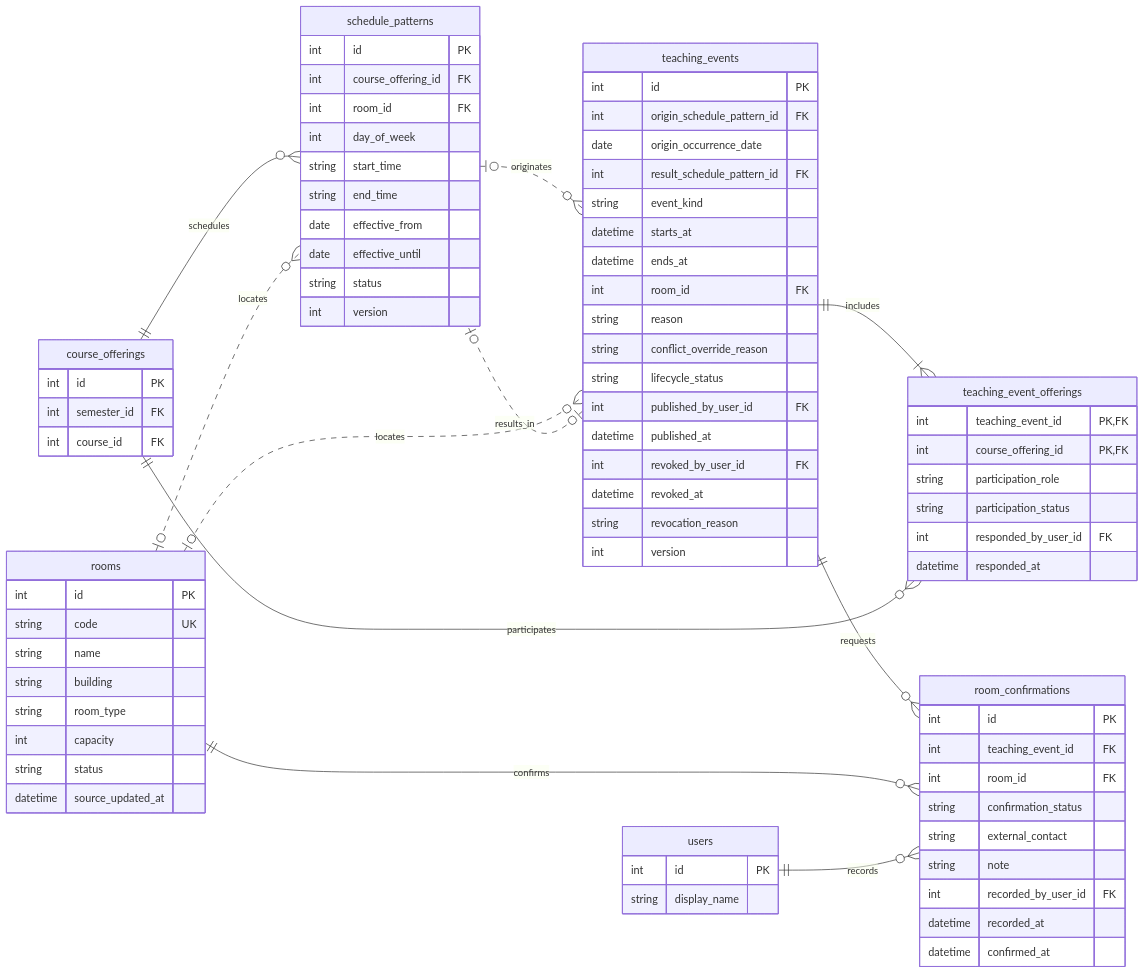
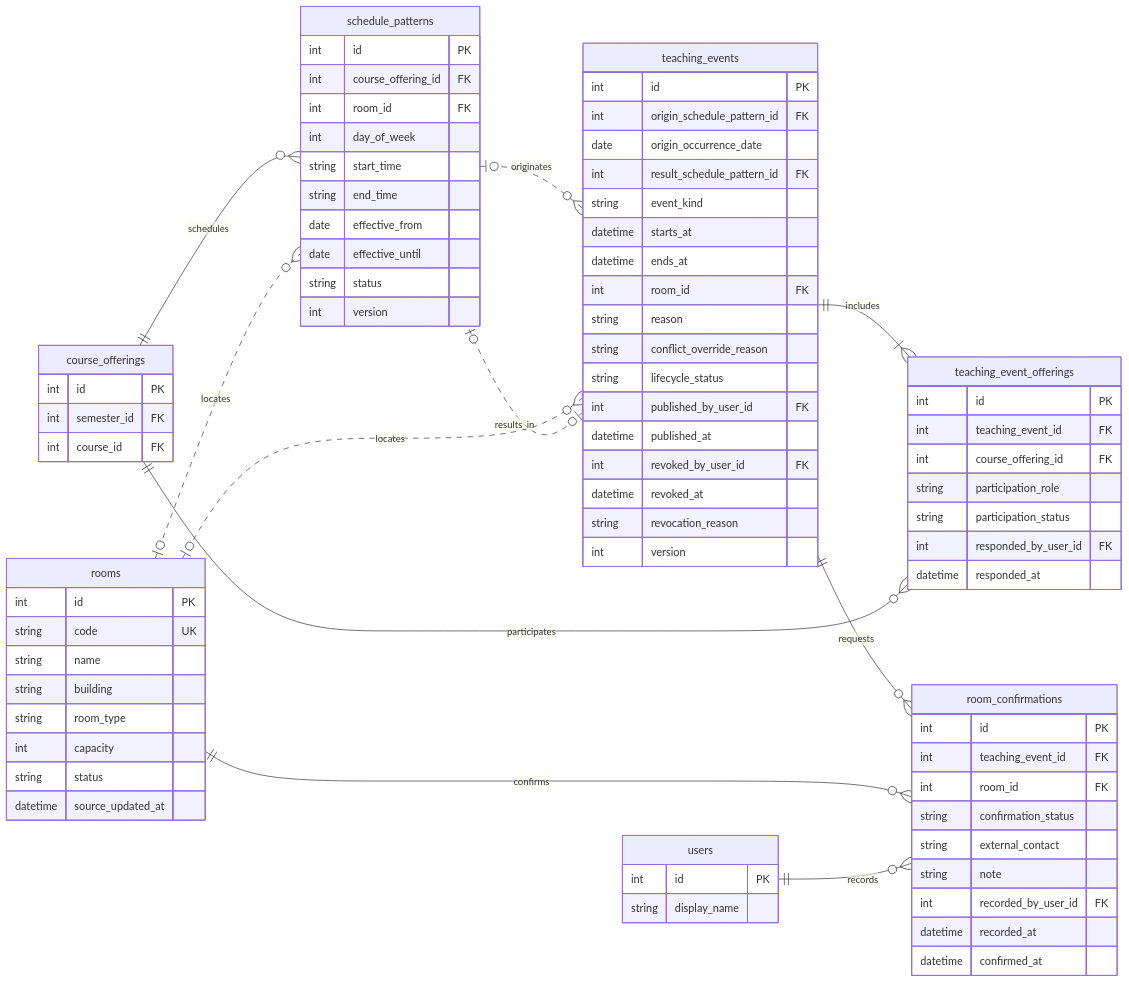
The fourth of 7 diagrams in docs/product/ERD.md (darvaaph/bot-wa-jadwal), drawn with Mermaid before and after one commit. The commit also changed other lines of this file and 48 other files, not shown here.

Commit message:
feat: implement core bot infrastructure, scheduling, API endpoints, and database schema

```diff
--- a/docs/product/ERD.md
+++ b/docs/product/ERD.md
@@ -335,8 +339,9 @@
         int version
     }
     teachingEventOfferings["teaching_event_offerings"] {
-        int teaching_event_id PK, FK
-        int course_offering_id PK, FK
+        int id PK
+        int teaching_event_id FK
+        int course_offering_id FK
         string participation_role
         string participation_status
         int responded_by_user_id FK
```
